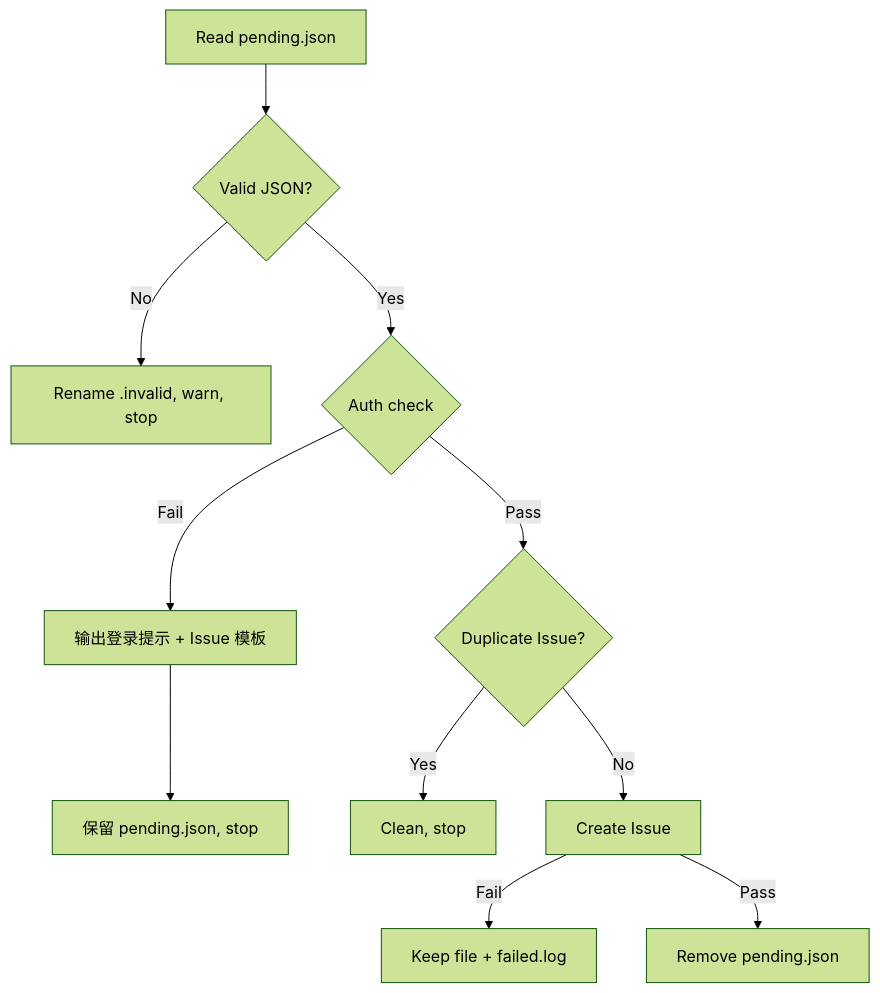
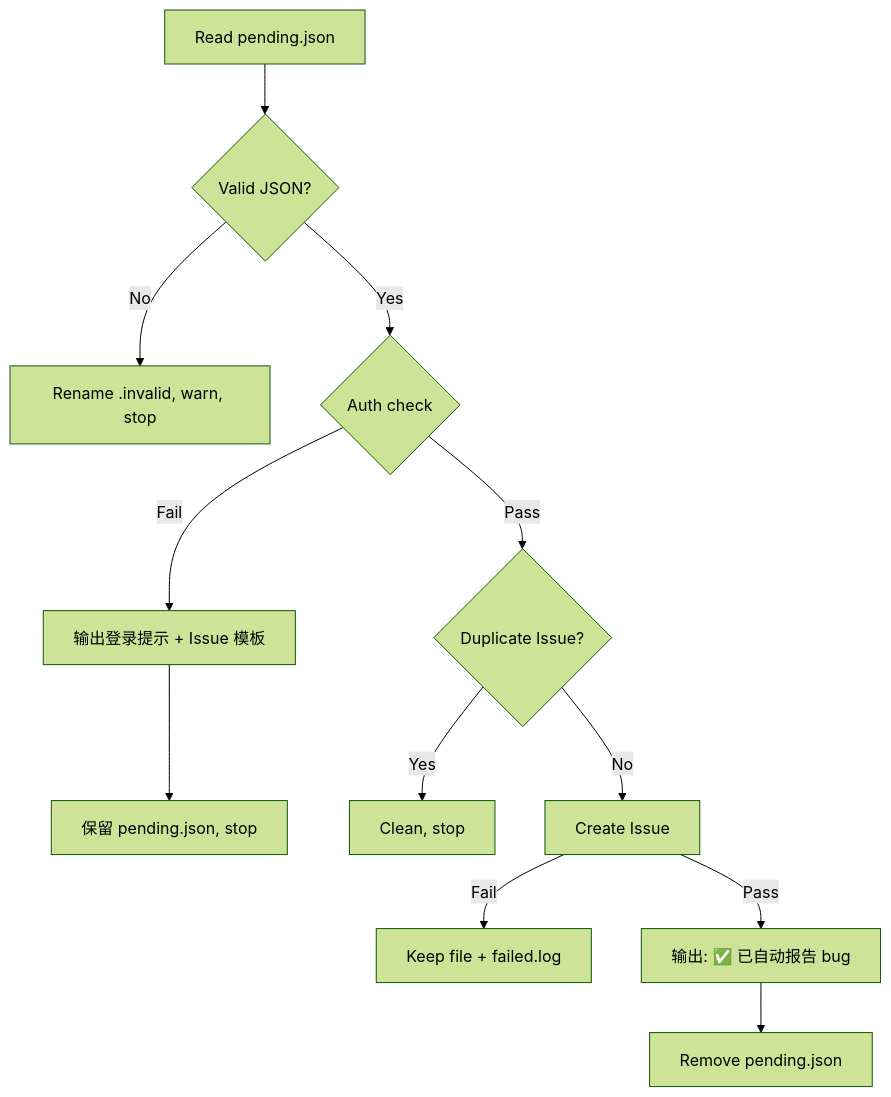
One commit to byx-darwin/gitflow-cli changed the diagram in skills/gf-autoreport-bug/SKILL.md. Above: the diagram before and after it, drawn with Mermaid (forest theme). The commit also changed other lines of this file, not shown here.

Commit message:
feat(skill): add success notification after Issue creation

````diff
--- a/skills/gf-autoreport-bug/SKILL.md
+++ b/skills/gf-autoreport-bug/SKILL.md
@@ -15,13 +15,14 @@
 ```mermaid
 flowchart TD
     A[Read pending.json] --> B{Valid JSON?}
     B -->|No| C[Rename .invalid, warn, stop]
     B -->|Yes| D{Auth check}
     D -->|Pass| G{Duplicate Issue?}
     D -->|Fail| NEW[输出登录提示 + Issue 模板]
     NEW --> KEEP[保留 pending.json, stop]
     G -->|Yes| I[Clean, stop]
     G -->|No| J[Create Issue]
     J -->|Fail| F[Keep file + failed.log]
-    J -->|Pass| K[Remove pending.json]
+    J -->|Pass| M[输出: ✅ 已自动报告 bug]
+    M --> K[Remove pending.json]
 ```
````
